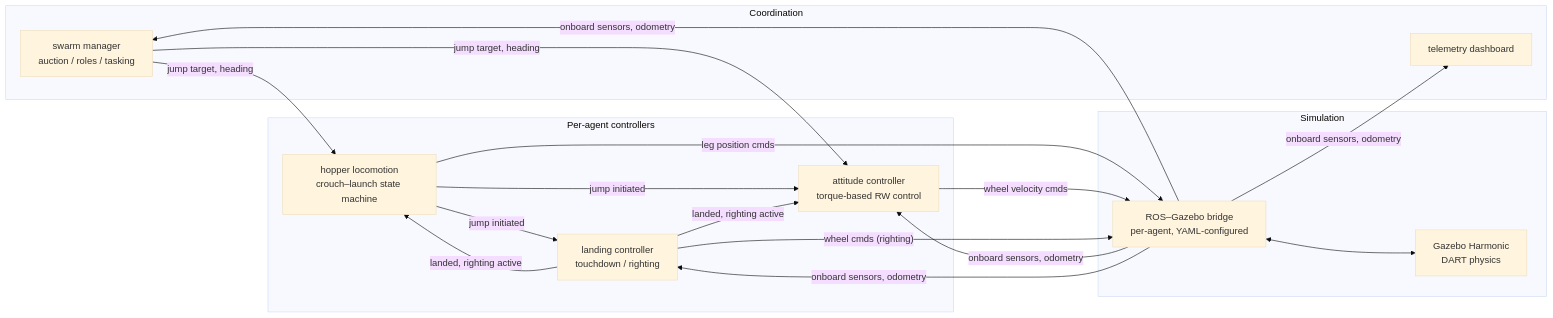
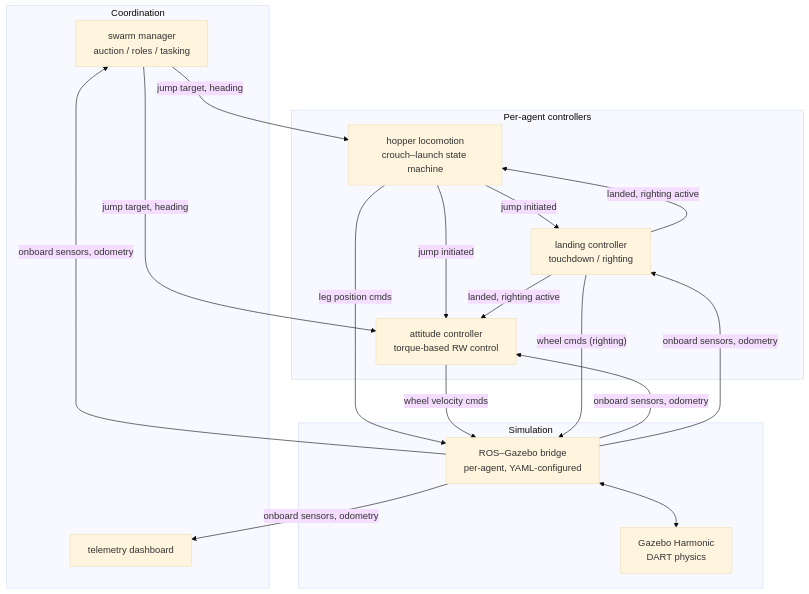
The first of 4 diagrams in docs/Research_Paper.md (Phroggo/ryugu), drawn with Mermaid (base theme) before and after one commit. The commit also changed other lines of this file and 33 other files, not shown here.

````diff
--- a/docs/Research_Paper.md
+++ b/docs/Research_Paper.md
@@ -54,24 +54,24 @@
 ```mermaid
-flowchart LR
+flowchart TD
     subgraph Coordination
         SM[swarm manager<br/>auction / roles / tasking]
         GUI[telemetry dashboard]
     end
     subgraph Per-agent controllers
         HOP[hopper locomotion<br/>crouch–launch state machine]
         ATT[attitude controller<br/>torque-based RW control]
         LAND[landing controller<br/>touchdown / righting]
     end
     subgraph Simulation
         BR[ROS–Gazebo bridge<br/>per-agent, YAML-configured]
         GZ[Gazebo Harmonic<br/>DART physics]
     end
     SM -- "jump target, heading" --> HOP & ATT
     HOP -- "jump initiated" --> LAND & ATT
     LAND -- "landed, righting active" --> HOP & ATT
     HOP -- "leg position cmds" --> BR
     ATT -- "wheel velocity cmds" --> BR
     LAND -- "wheel cmds (righting)" --> BR
     BR <--> GZ
     BR -- "onboard sensors, odometry" --> ATT & LAND & SM & GUI
 ```
````
